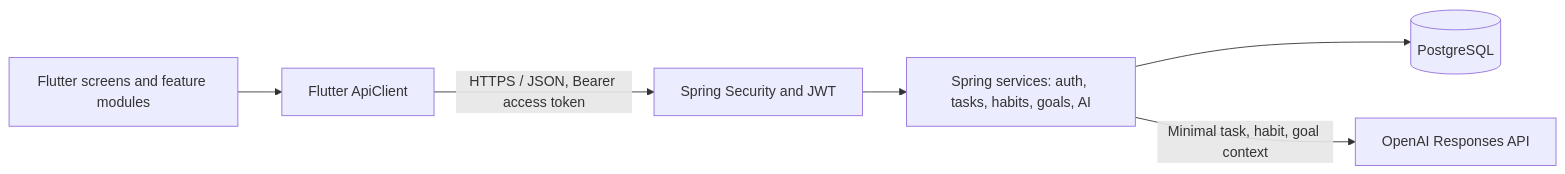
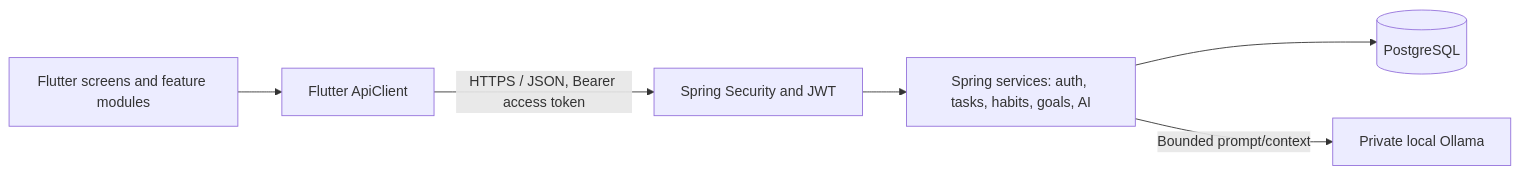
Before and after one commit to Cksoni77/lifepilot-backend: the first of 2 diagrams in ARCHITECTURE.md, drawn with Mermaid. The commit also changed other lines of this file and 46 other files, not shown here.

````diff
--- a/ARCHITECTURE.md
+++ b/ARCHITECTURE.md
@@ -3,15 +3,15 @@
 ```mermaid
 flowchart LR
   UI[Flutter screens and feature modules]
   API[Flutter ApiClient]
   AUTH[Spring Security and JWT]
   SERVICES[Spring services: auth, tasks, habits, goals, AI]
   DB[(PostgreSQL)]
-  OPENAI[OpenAI Responses API]
+  OLLAMA[Private local Ollama]
 
   UI --> API
   API -->|HTTPS / JSON, Bearer access token| AUTH
   AUTH --> SERVICES
   SERVICES --> DB
-  SERVICES -->|Minimal task, habit, goal context| OPENAI
+  SERVICES -->|Bounded prompt/context| OLLAMA
 ```
````
